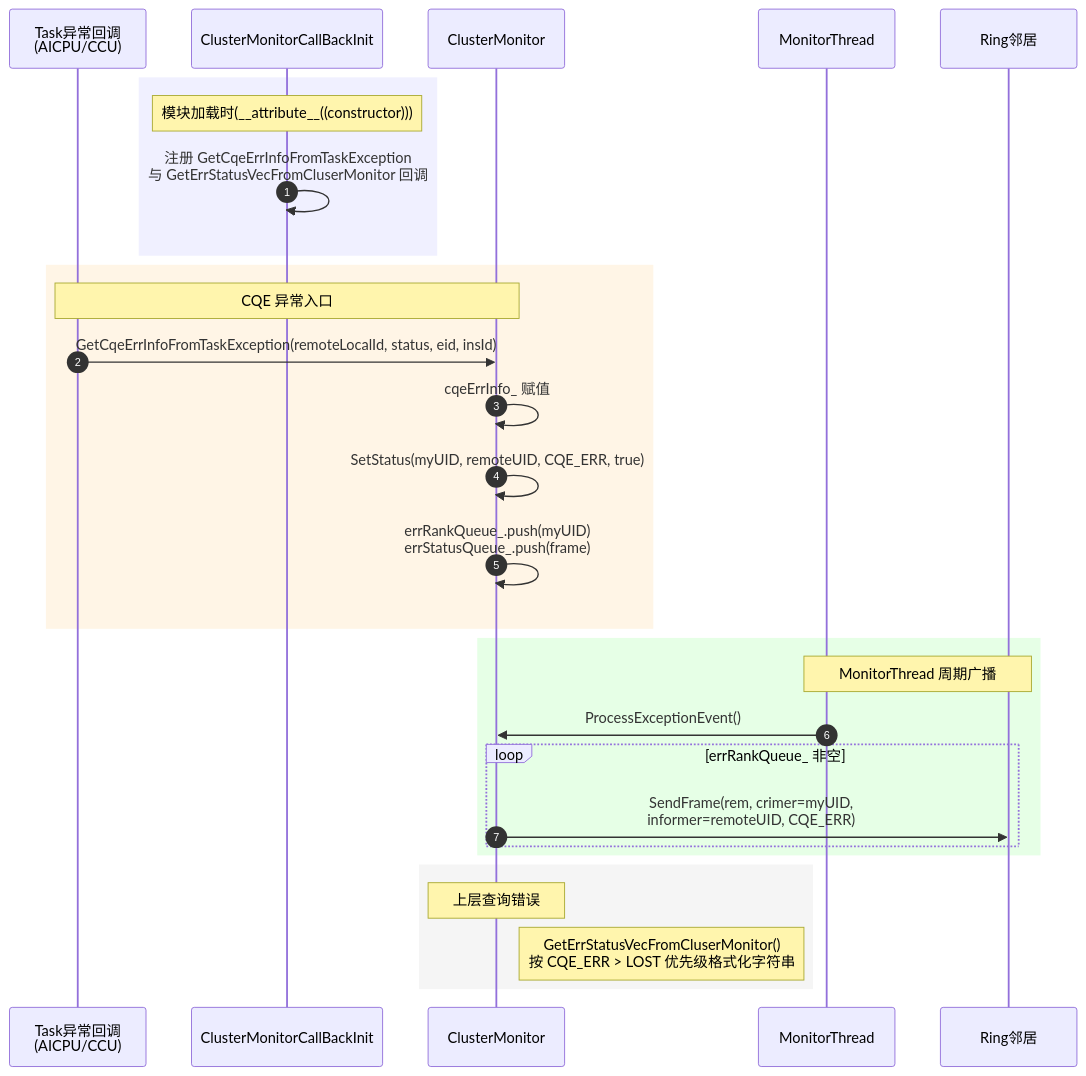
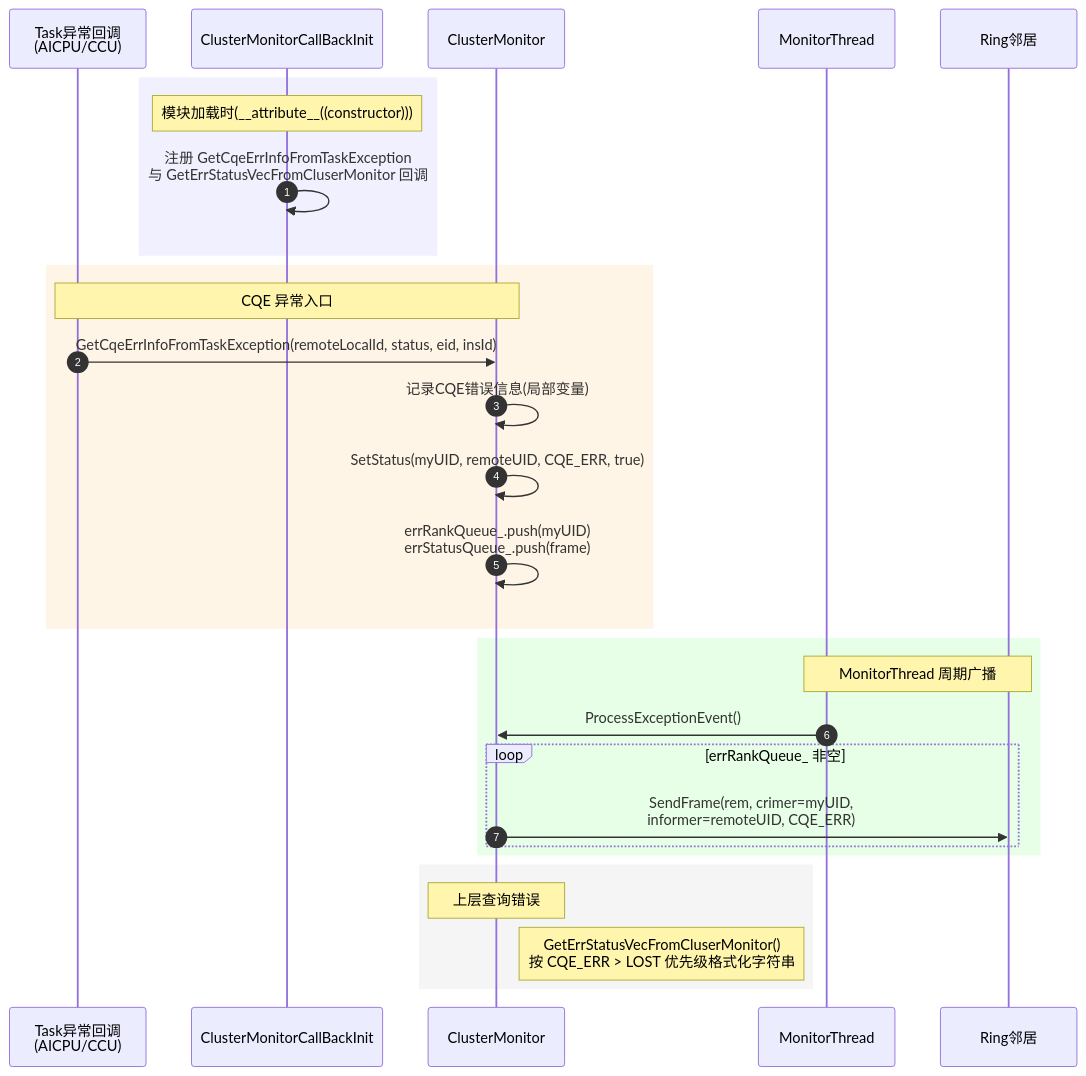
The second of 3 diagrams in src/coll_communicator_mgr/dfx/cluster_monitor/README.md (hicann/hcomm), drawn with Mermaid before and after one commit. The commit also changed other lines of this file and 4 other files, not shown here.

````diff
--- a/src/coll_communicator_mgr/dfx/cluster_monitor/README.md
+++ b/src/coll_communicator_mgr/dfx/cluster_monitor/README.md
@@ -113,35 +113,35 @@
 ```mermaid
 sequenceDiagram
     autonumber
     participant Cb as Task异常回调<br/>(AICPU/CCU)
     participant Init as ClusterMonitorCallBackInit
     participant CM as ClusterMonitor
     participant MT as MonitorThread
     participant Peer as Ring邻居
 
     rect rgb(240, 240, 255)
     Note over Init: 模块加载时(__attribute__((constructor)))
     Init->>Init: 注册 GetCqeErrInfoFromTaskException<br/>与 GetErrStatusVecFromCluserMonitor 回调
     end
 
     rect rgb(255, 245, 230)
     Note over Cb, CM: CQE 异常入口
     Cb->>CM: GetCqeErrInfoFromTaskException(remoteLocalId, status, eid, insId)
-    CM->>CM: cqeErrInfo_ 赋值
+    CM->>CM: 记录CQE错误信息(局部变量)
     CM->>CM: SetStatus(myUID, remoteUID, CQE_ERR, true)
     CM->>CM: errRankQueue_.push(myUID)<br/>errStatusQueue_.push(frame)
     end
 
     rect rgb(230, 255, 230)
     Note over MT, Peer: MonitorThread 周期广播
     MT->>CM: ProcessExceptionEvent()
     loop errRankQueue_ 非空
         CM->>Peer: SendFrame(rem, crimer=myUID,<br/>informer=remoteUID, CQE_ERR)
     end
     end
 
     rect rgb(245, 245, 245)
     Note over CM: 上层查询错误
     Note right of CM: GetErrStatusVecFromCluserMonitor()<br/>按 CQE_ERR > LOST 优先级格式化字符串
     end
 ```
````
